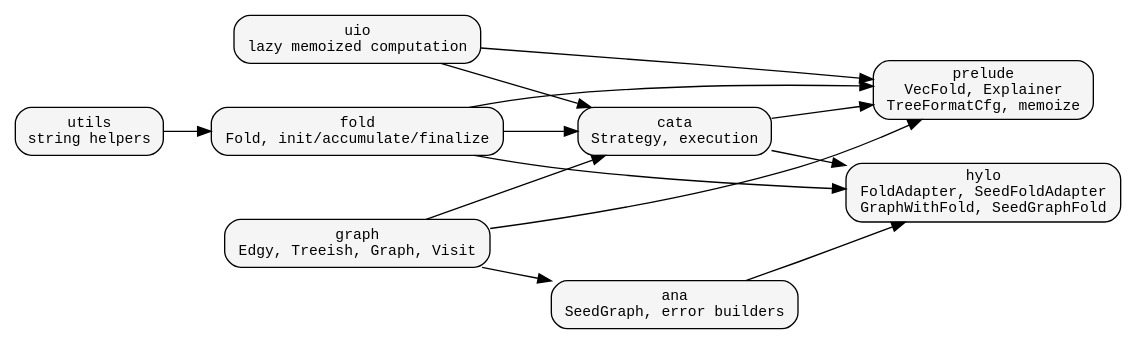
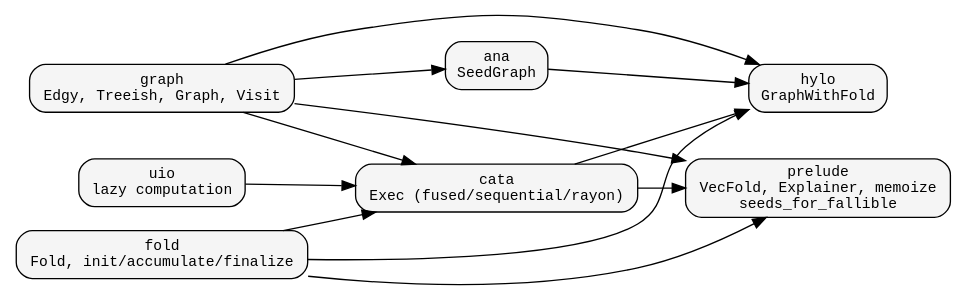
One commit to hylic-recursion/hylic-docs changed the third of 3 diagrams in book/src/design/core_composition.md. Above: the diagram before and after it, drawn with Graphviz. The commit also changed other lines of this file and 10 other files, not shown here.

First line of the commit message:
Docs overhaul: all pages reflect current architecture

````diff
--- a/book/src/design/core_composition.md
+++ b/book/src/design/core_composition.md
@@ -76,29 +78,27 @@
 ```dot process
 digraph {
     rankdir=LR;
     node [shape=box, style="rounded,filled", fillcolor="#f5f5f5", fontname="monospace", fontsize=11];
     edge [fontname="sans-serif", fontsize=10];
 
-    uio     [label="uio\nlazy memoized computation"];
-    utils   [label="utils\nstring helpers"];
+    uio     [label="uio\nlazy computation"];
     graph_  [label="graph\nEdgy, Treeish, Graph, Visit"];
     fold    [label="fold\nFold, init/accumulate/finalize"];
-    cata    [label="cata\nStrategy, execution"];
-    ana     [label="ana\nSeedGraph, error builders"];
-    hylo    [label="hylo\nFoldAdapter, SeedFoldAdapter\nGraphWithFold, SeedGraphFold"];
-    prelude [label="prelude\nVecFold, Explainer\nTreeFormatCfg, memoize"];
+    cata    [label="cata\nExec (fused/sequential/rayon)"];
+    ana     [label="ana\nSeedGraph"];
+    hylo    [label="hylo\nGraphWithFold"];
+    prelude [label="prelude\nVecFold, Explainer, memoize\nseeds_for_fallible"];
 
     uio -> cata;
-    uio -> prelude;
-    utils -> fold;
     graph_ -> cata;
     fold -> cata;
     graph_ -> ana;
     ana -> hylo;
     cata -> hylo;
     fold -> hylo;
     graph_ -> prelude;
     fold -> prelude;
     cata -> prelude;
+    graph_ -> hylo;
 }
 ```
````
